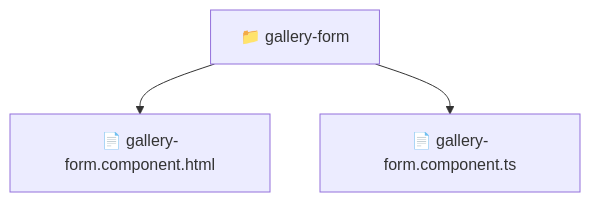
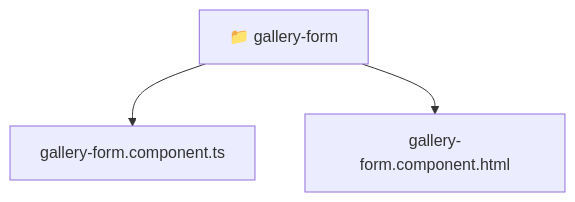
Before and after one commit to beginwebdev2002/fullstack-mavluda: the diagram in frontend/src/pages/gallery/ui/gallery-form/README.md, drawn with Mermaid. The commit also changed other lines of this file and 167 other files, not shown here.

````diff
--- a/frontend/src/pages/gallery/ui/gallery-form/README.md
+++ b/frontend/src/pages/gallery/ui/gallery-form/README.md
@@ -11,6 +11,8 @@
 ```mermaid
 graph TD
-  Root["📁 gallery-form"]
-  Root --> gallery_form_component_html["📄 gallery-form.component.html"]
-  Root --> gallery_form_component_ts["📄 gallery-form.component.ts"]
+  Root_gallery_form["📁 gallery-form"]
+  f_gallery_form_component_ts["gallery-form.component.ts"]
+  Root_gallery_form --> f_gallery_form_component_ts
+  f_gallery_form_component_html["gallery-form.component.html"]
+  Root_gallery_form --> f_gallery_form_component_html
 ```
````
